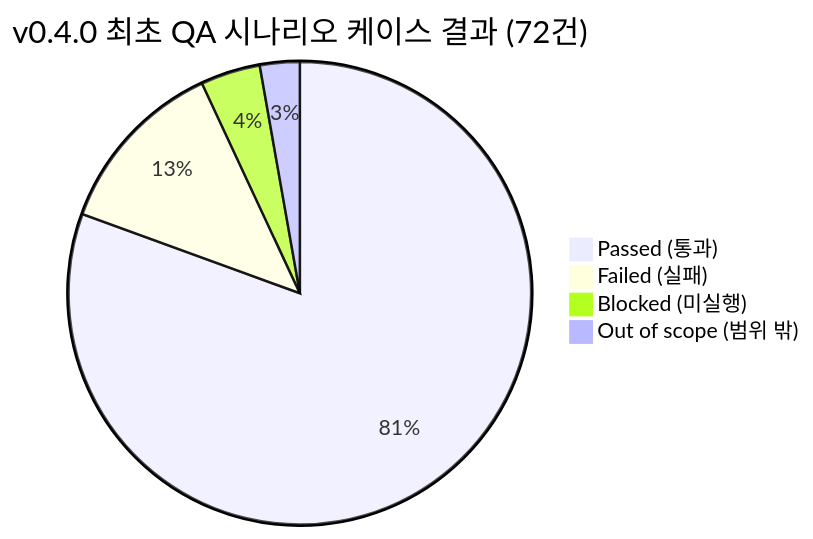
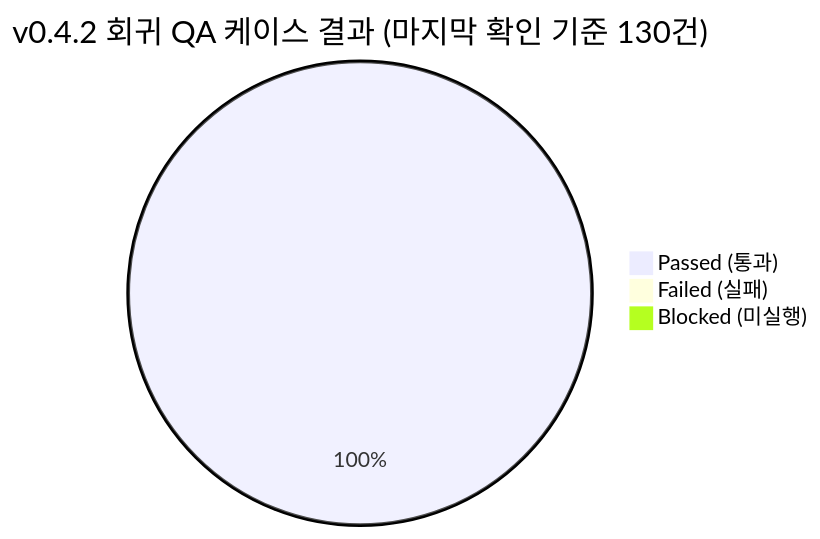
The diagram in docs/qa-engineer/02_QA_TEST_REPORT.md (ozplayground/agent-lens), drawn with Mermaid before and after one commit. The commit also changed other lines of this file and 216 other files, not shown here.

````diff
--- a/docs/qa-engineer/02_QA_TEST_REPORT.md
+++ b/docs/qa-engineer/02_QA_TEST_REPORT.md
@@ -15,7 +15,6 @@
 ```mermaid
-pie title v0.4.0 최초 QA 시나리오 케이스 결과 (72건)
-    "Passed (통과)" : 58
-    "Failed (실패)" : 9
-    "Blocked (미실행)" : 3
-    "Out of scope (범위 밖)" : 2
+pie title v0.4.2 회귀 QA 케이스 결과 (마지막 확인 기준 130건)
+    "Passed (통과)" : 130
+    "Failed (실패)" : 0
+    "Blocked (미실행)" : 0
 ```
````
